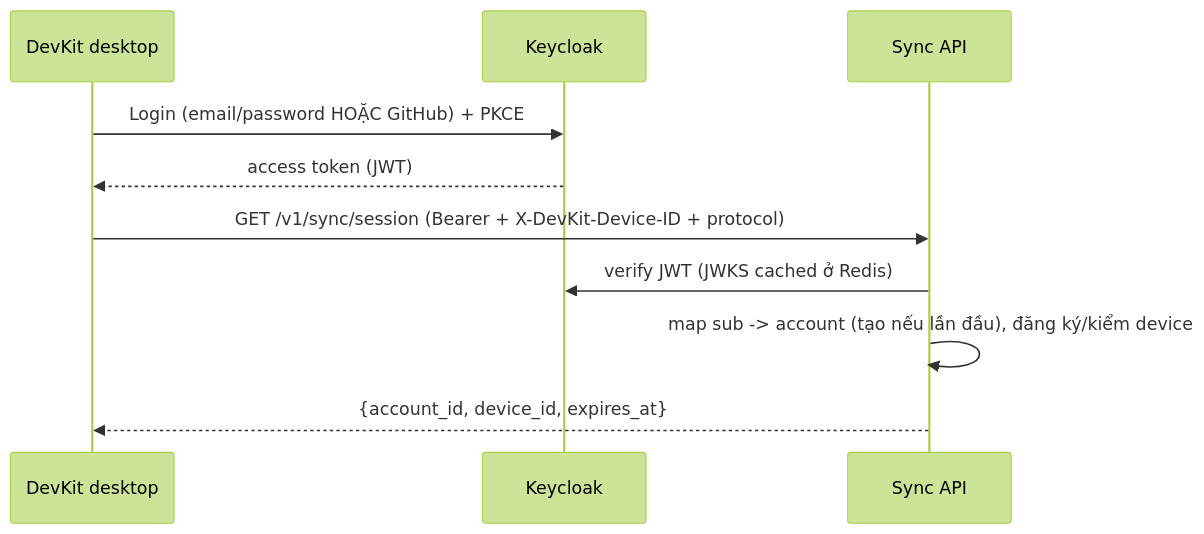
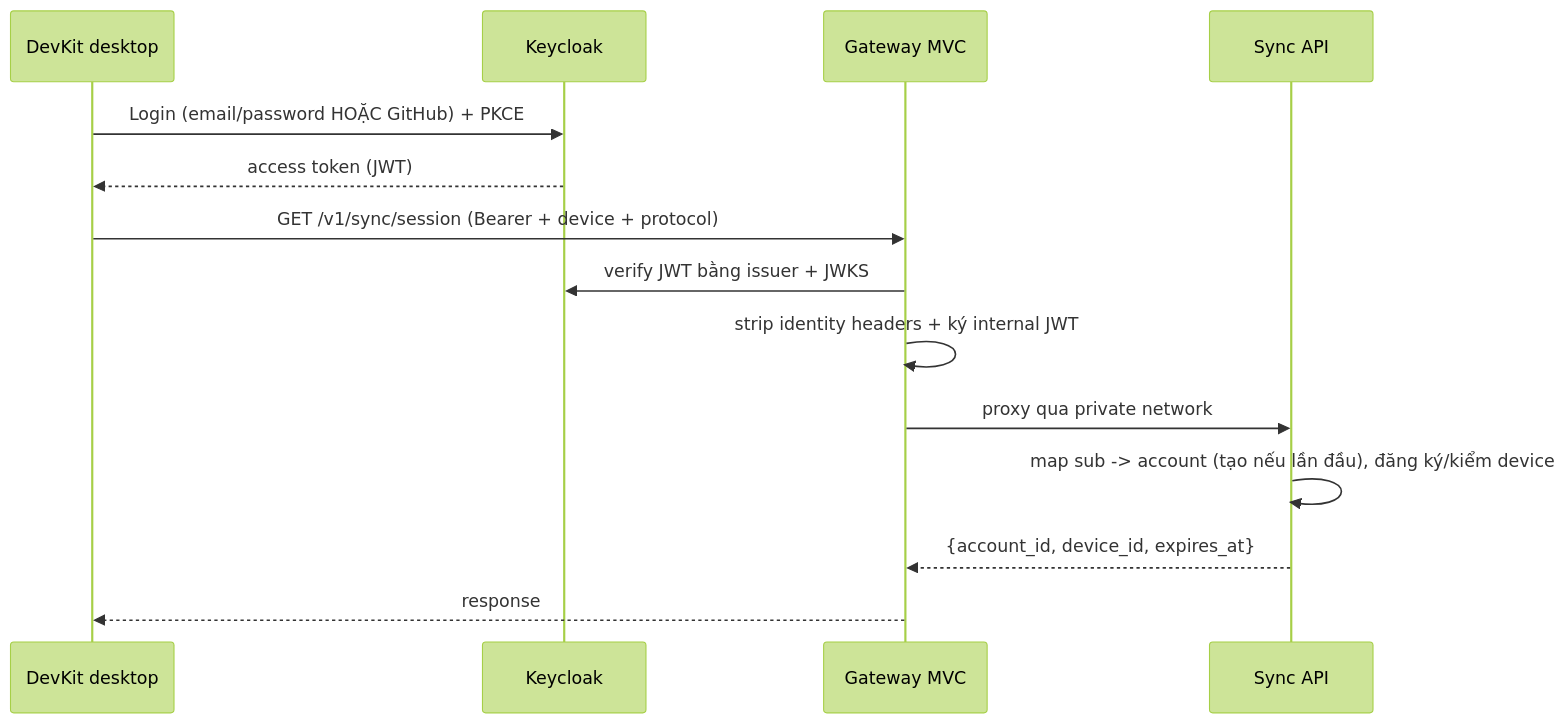
The first of 4 diagrams in content/projects/dev-kit/saas-backend.mdx (syurodev/base), drawn with Mermaid (forest theme) before and after one commit. The commit also changed other lines of this file and 10 other files, not shown here.

````diff
--- a/content/projects/dev-kit/saas-backend.mdx
+++ b/content/projects/dev-kit/saas-backend.mdx
@@ -50,12 +63,16 @@
 ```mermaid
 sequenceDiagram
   participant App as DevKit desktop
   participant KC as Keycloak
+  participant GW as Gateway MVC
   participant API as Sync API
   App->>KC: Login (email/password HOẶC GitHub) + PKCE
   KC-->>App: access token (JWT)
-  App->>API: GET /v1/sync/session (Bearer + X-DevKit-Device-ID + protocol)
-  API->>KC: verify JWT (JWKS cached ở Redis)
+  App->>GW: GET /v1/sync/session (Bearer + device + protocol)
+  GW->>KC: verify JWT bằng issuer + JWKS
+  GW->>GW: strip identity headers + ký internal JWT
+  GW->>API: proxy qua private network
   API->>API: map sub -> account (tạo nếu lần đầu), đăng ký/kiểm device
-  API-->>App: {account_id, device_id, expires_at}
+  API-->>GW: {account_id, device_id, expires_at}
+  GW-->>App: response
 ```
````
